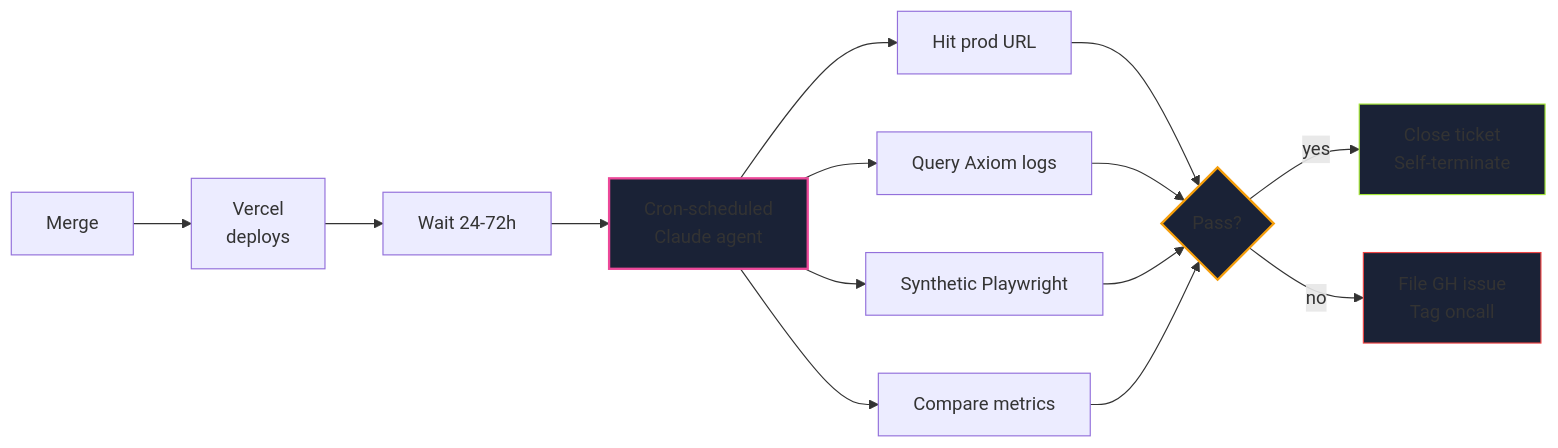
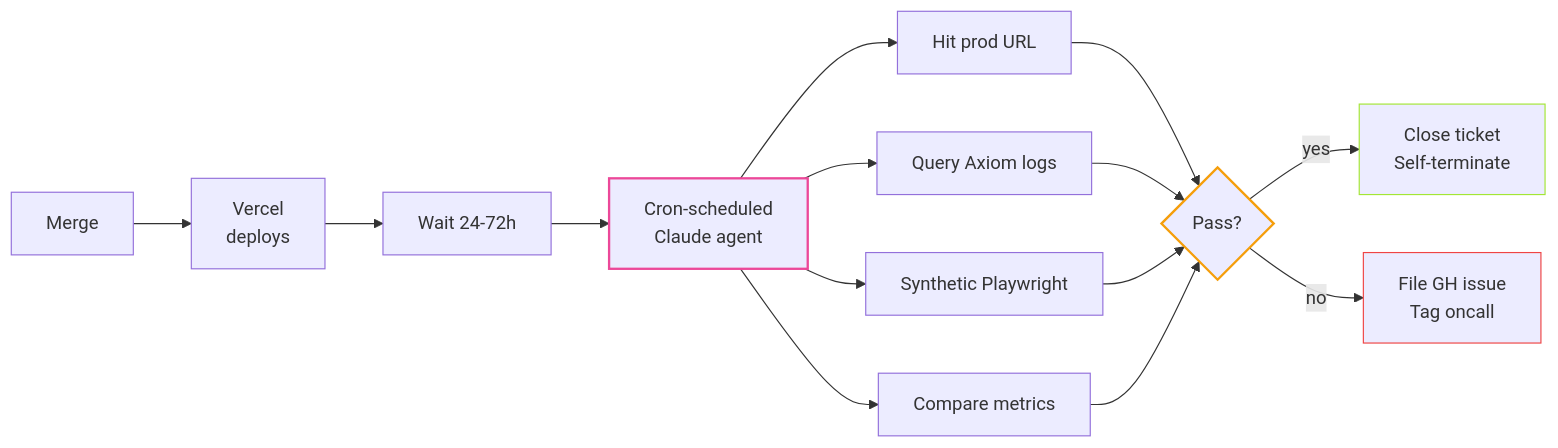
One commit to zanebarker-ops/claude-dev-toolkit changed the third of 3 diagrams in demo/slides/slides.md. Above: the diagram before and after it, drawn with Mermaid. The commit also changed other lines of this file, not shown here.

First line of the commit message:
fix(demo/slides): slide 33 mermaid text + slides 36, 37 status-bar collisions

````diff
--- a/demo/slides/slides.md
+++ b/demo/slides/slides.md
@@ -1295,21 +1295,21 @@
 ```mermaid
 flowchart LR
   M[Merge] --> P[Vercel<br/>deploys]
   P --> W[Wait 24-72h]
   W --> C[Cron-scheduled<br/>Claude agent]
   C --> Q1[Hit prod URL]
   C --> Q2[Query Axiom logs]
   C --> Q3[Synthetic Playwright]
   C --> Q4[Compare metrics]
   Q1 --> V{Pass?}
   Q2 --> V
   Q3 --> V
   Q4 --> V
   V -->|yes| K[Close ticket<br/>Self-terminate]
   V -->|no| F[File GH issue<br/>Tag oncall]
 
-  style C fill:#1a2236,stroke:#ec4899,stroke-width:2px
-  style V fill:#1a2236,stroke:#f59e0b,stroke-width:2px
-  style K fill:#1a2236,stroke:#a3e635
-  style F fill:#1a2236,stroke:#ef4444
+  style C stroke:#ec4899,stroke-width:2px
+  style V stroke:#f59e0b,stroke-width:2px
+  style K stroke:#a3e635
+  style F stroke:#ef4444
 ```
````
